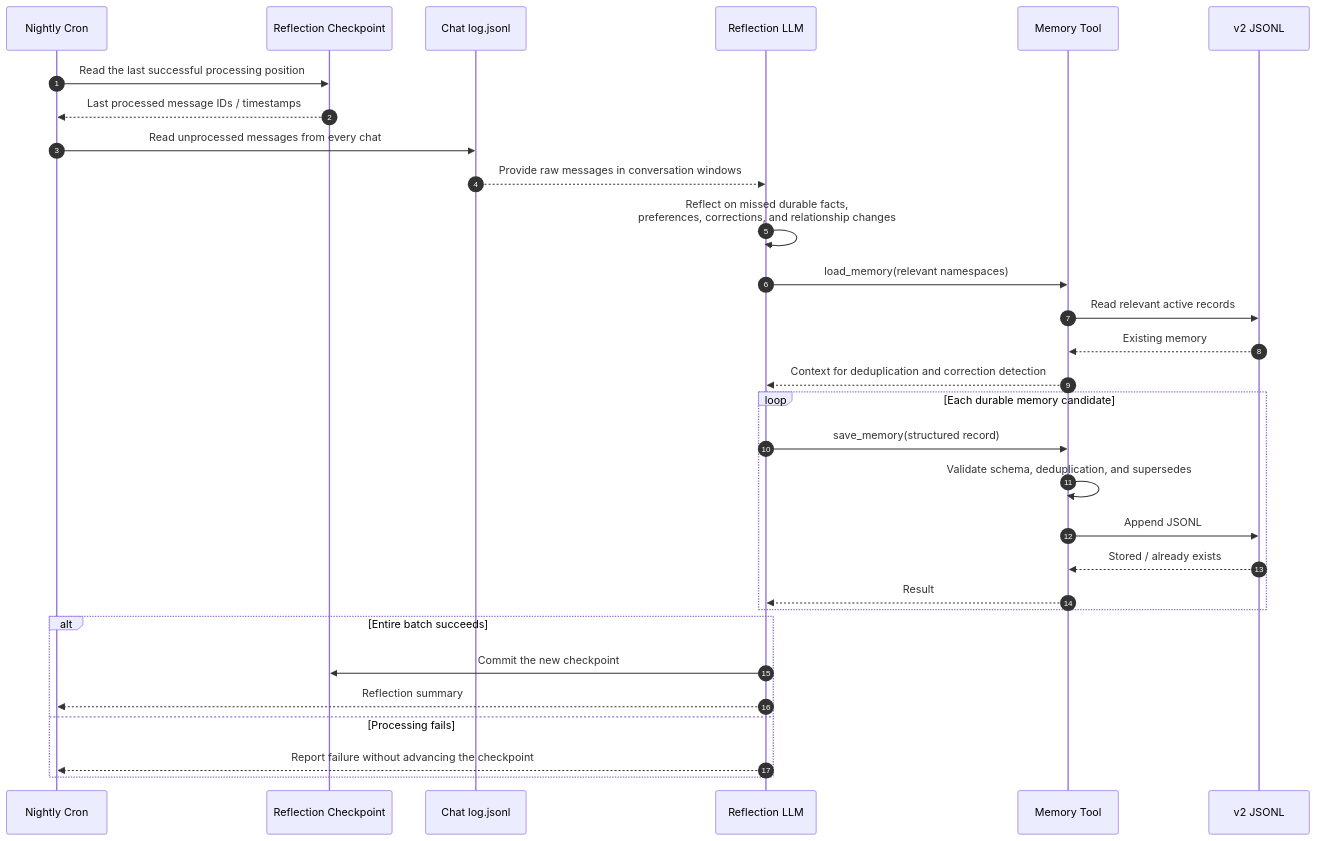
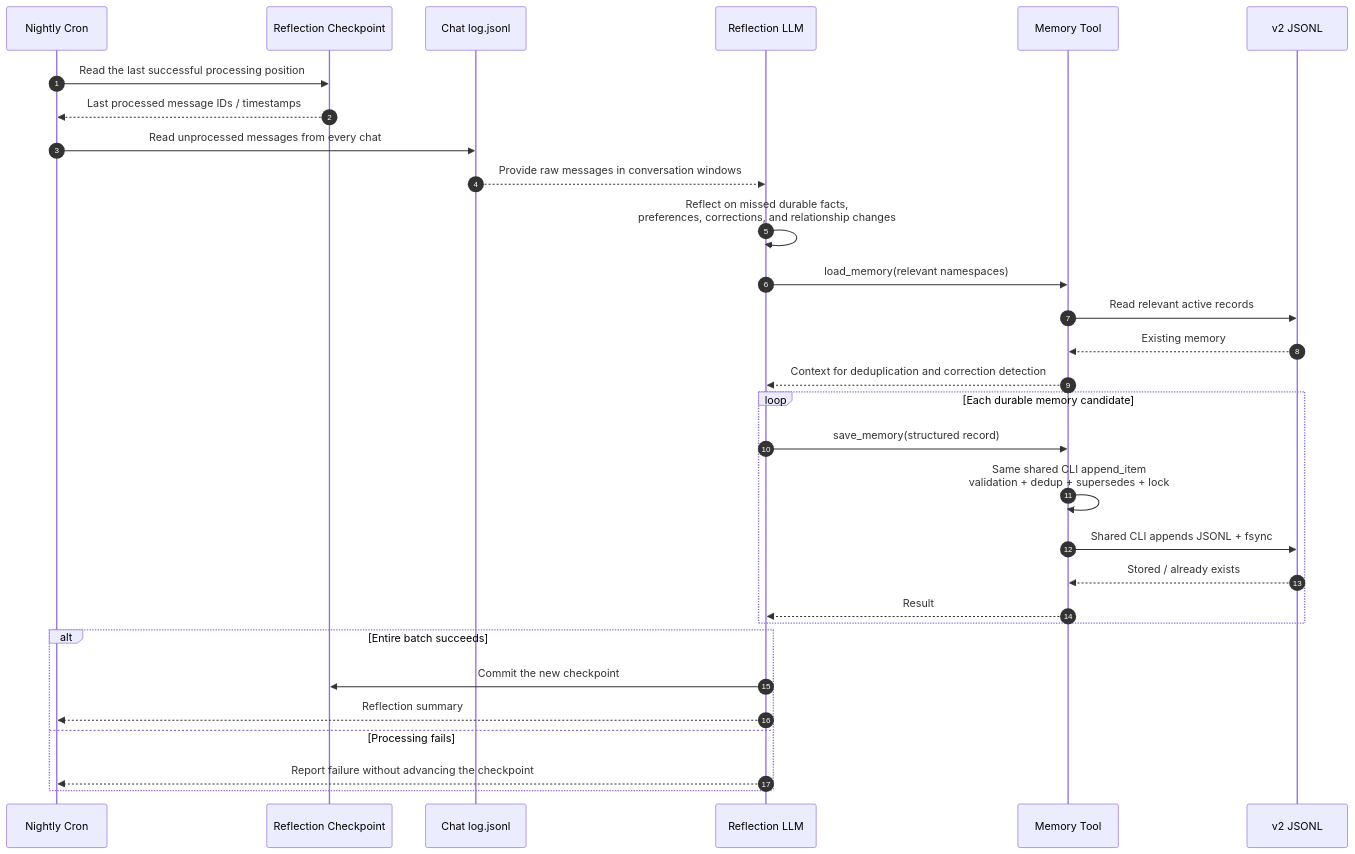
One commit to daya0576/pi-imessage changed the fourth of 4 diagrams in docs/structured-memory-sequence.md. Above: the diagram before and after it, drawn with Mermaid. The commit also changed other lines of this file and 58 other files, not shown here.

````diff
--- a/docs/structured-memory-sequence.md
+++ b/docs/structured-memory-sequence.md
@@ -112,36 +147,36 @@
 ```mermaid
 sequenceDiagram
     autonumber
     participant C as Nightly Cron
     participant K as Reflection Checkpoint
     participant G as Chat log.jsonl
     participant R as Reflection LLM
     participant M as Memory Tool
     participant S as v2 JSONL
 
     C->>K: Read the last successful processing position
     K-->>C: Last processed message IDs / timestamps
     C->>G: Read unprocessed messages from every chat
     G-->>R: Provide raw messages in conversation windows
 
     R->>R: Reflect on missed durable facts,<br/>preferences, corrections, and relationship changes
     R->>M: load_memory(relevant namespaces)
     M->>S: Read relevant active records
     S-->>M: Existing memory
     M-->>R: Context for deduplication and correction detection
 
     loop Each durable memory candidate
         R->>M: save_memory(structured record)
-        M->>M: Validate schema, deduplication, and supersedes
-        M->>S: Append JSONL
+        M->>M: Same shared CLI append_item<br/>validation + dedup + supersedes + lock
+        M->>S: Shared CLI appends JSONL + fsync
         S-->>M: Stored / already exists
         M-->>R: Result
     end
 
     alt Entire batch succeeds
         R->>K: Commit the new checkpoint
         R-->>C: Reflection summary
     else Processing fails
         R-->>C: Report failure without advancing the checkpoint
     end
 ```
````
